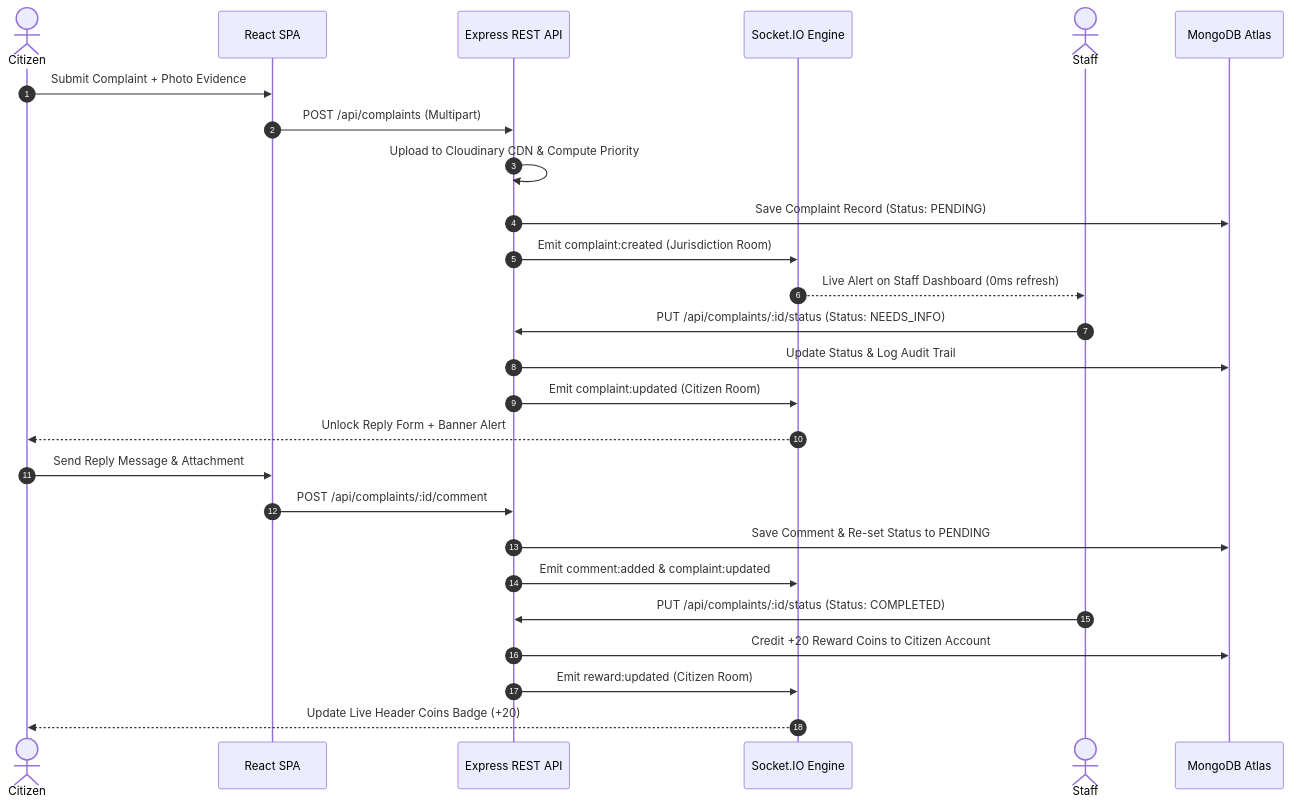
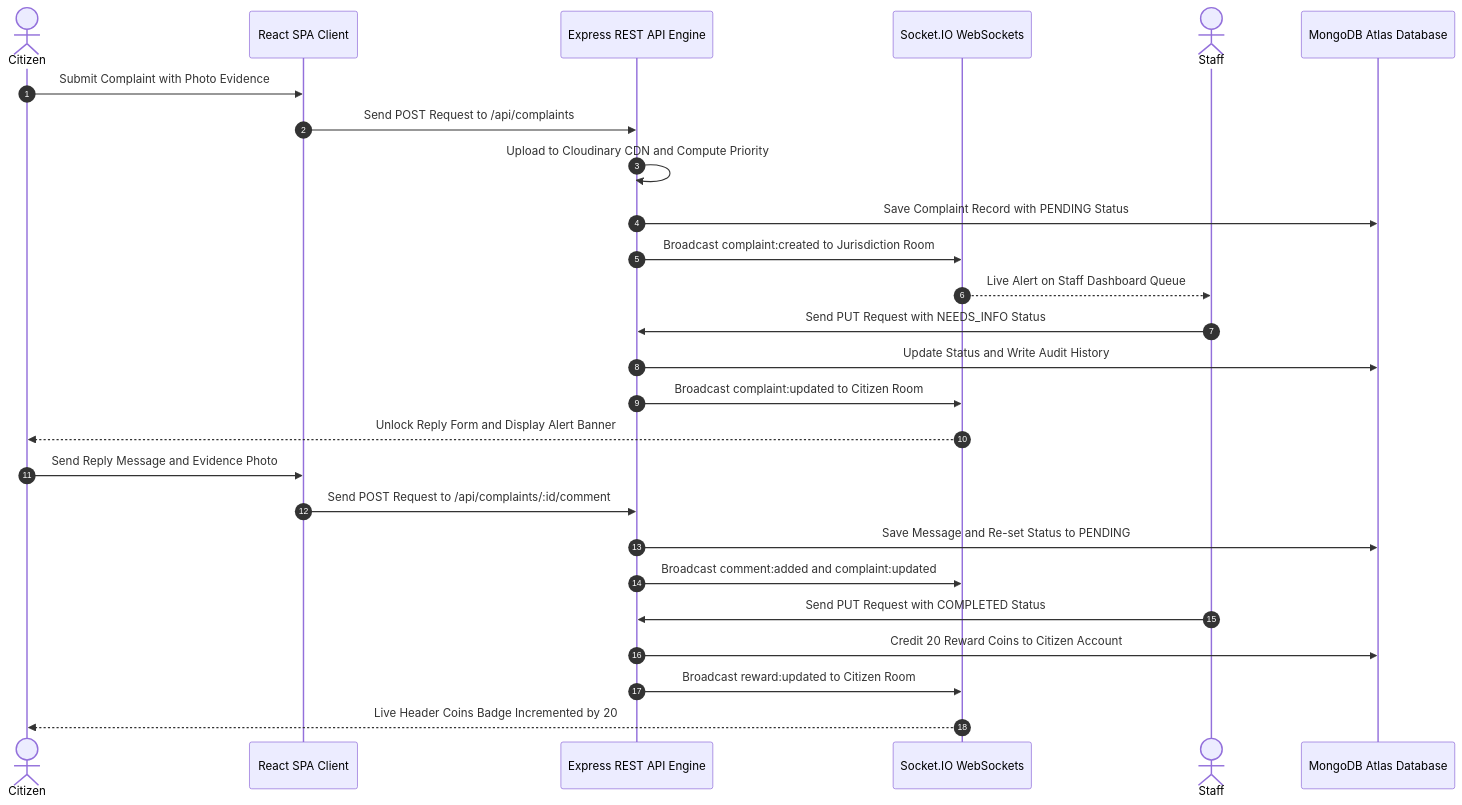
Before and after one commit to TechRaven18/GramSeva: the second of 3 diagrams in README.md, drawn with Mermaid. The commit also changed other lines of this file, not shown here.

````diff
--- a/README.md
+++ b/README.md
@@ -80,32 +76,32 @@
 ```mermaid
 sequenceDiagram
     autonumber
     actor Citizen
-    participant ClientApp as React SPA
-    participant Server as Express REST API
-    participant Socket as Socket.IO Engine
+    participant ClientApp as React SPA Client
+    participant Server as Express REST API Engine
+    participant Socket as Socket.IO WebSockets
     actor Staff
-    participant DB as MongoDB Atlas
+    participant DB as MongoDB Atlas Database
 
-    Citizen->>ClientApp: Submit Complaint + Photo Evidence
-    ClientApp->>Server: POST /api/complaints (Multipart)
-    Server->>Server: Upload to Cloudinary CDN & Compute Priority
-    Server->>DB: Save Complaint Record (Status: PENDING)
-    Server->>Socket: Emit complaint:created (Jurisdiction Room)
-    Socket-->>Staff: Live Alert on Staff Dashboard (0ms refresh)
-    
-    Staff->>Server: PUT /api/complaints/:id/status (Status: NEEDS_INFO)
-    Server->>DB: Update Status & Log Audit Trail
-    Server->>Socket: Emit complaint:updated (Citizen Room)
-    Socket-->>Citizen: Unlock Reply Form + Banner Alert
+    Citizen->>ClientApp: Submit Complaint with Photo Evidence
+    ClientApp->>Server: Send POST Request to /api/complaints
+    Server->>Server: Upload to Cloudinary CDN and Compute Priority
+    Server->>DB: Save Complaint Record with PENDING Status
+    Server->>Socket: Broadcast complaint:created to Jurisdiction Room
+    Socket-->>Staff: Live Alert on Staff Dashboard Queue
 
-    Citizen->>ClientApp: Send Reply Message & Attachment
-    ClientApp->>Server: POST /api/complaints/:id/comment
-    Server->>DB: Save Comment & Re-set Status to PENDING
-    Server->>Socket: Emit comment:added & complaint:updated
+    Staff->>Server: Send PUT Request with NEEDS_INFO Status
+    Server->>DB: Update Status and Write Audit History
+    Server->>Socket: Broadcast complaint:updated to Citizen Room
+    Socket-->>Citizen: Unlock Reply Form and Display Alert Banner
 
-    Staff->>Server: PUT /api/complaints/:id/status (Status: COMPLETED)
-    Server->>DB: Credit +20 Reward Coins to Citizen Account
-    Server->>Socket: Emit reward:updated (Citizen Room)
-    Socket-->>Citizen: Update Live Header Coins Badge (+20)
+    Citizen->>ClientApp: Send Reply Message and Evidence Photo
+    ClientApp->>Server: Send POST Request to /api/complaints/:id/comment
+    Server->>DB: Save Message and Re-set Status to PENDING
+    Server->>Socket: Broadcast comment:added and complaint:updated
+
+    Staff->>Server: Send PUT Request with COMPLETED Status
+    Server->>DB: Credit 20 Reward Coins to Citizen Account
+    Server->>Socket: Broadcast reward:updated to Citizen Room
+    Socket-->>Citizen: Live Header Coins Badge Incremented by 20
 ```
````
